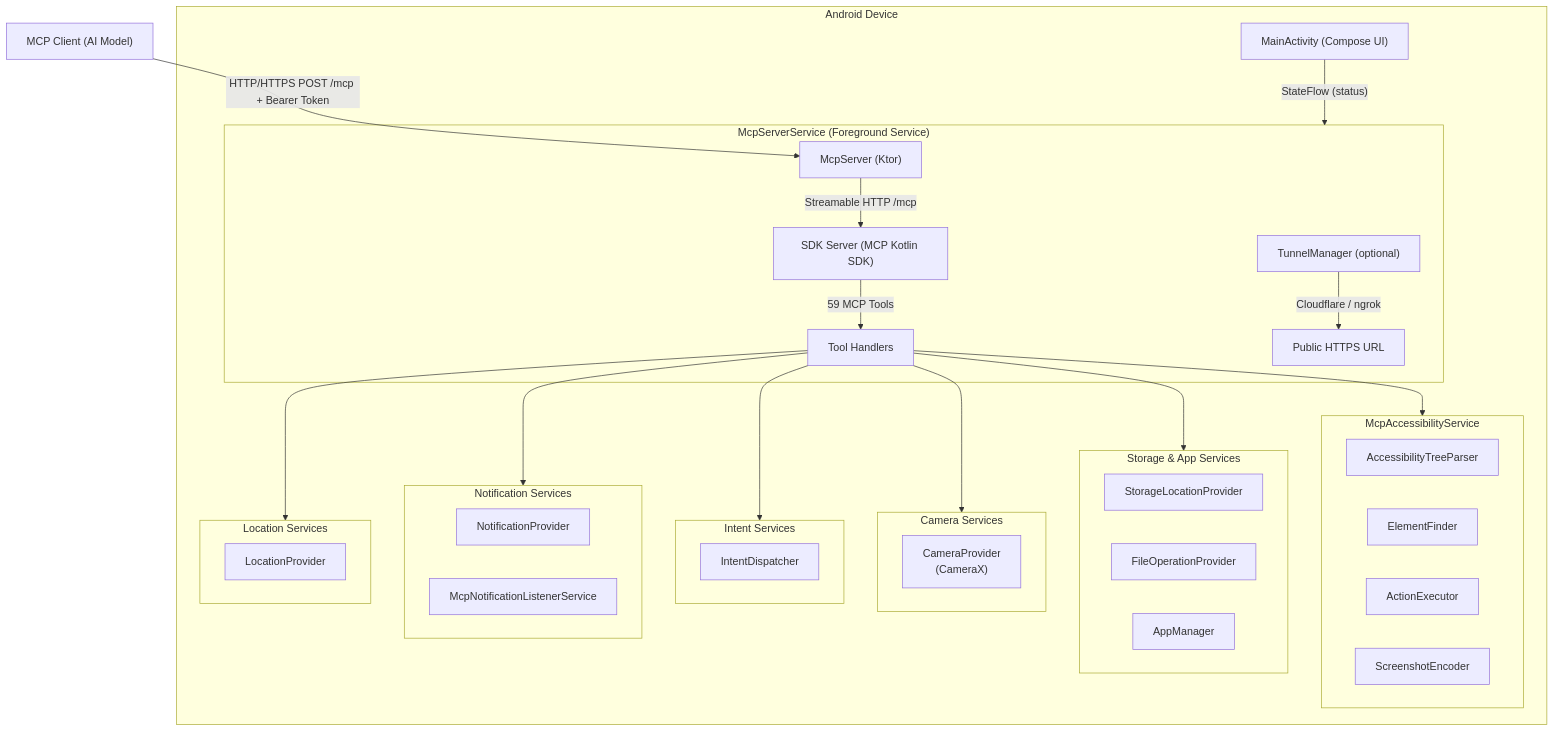
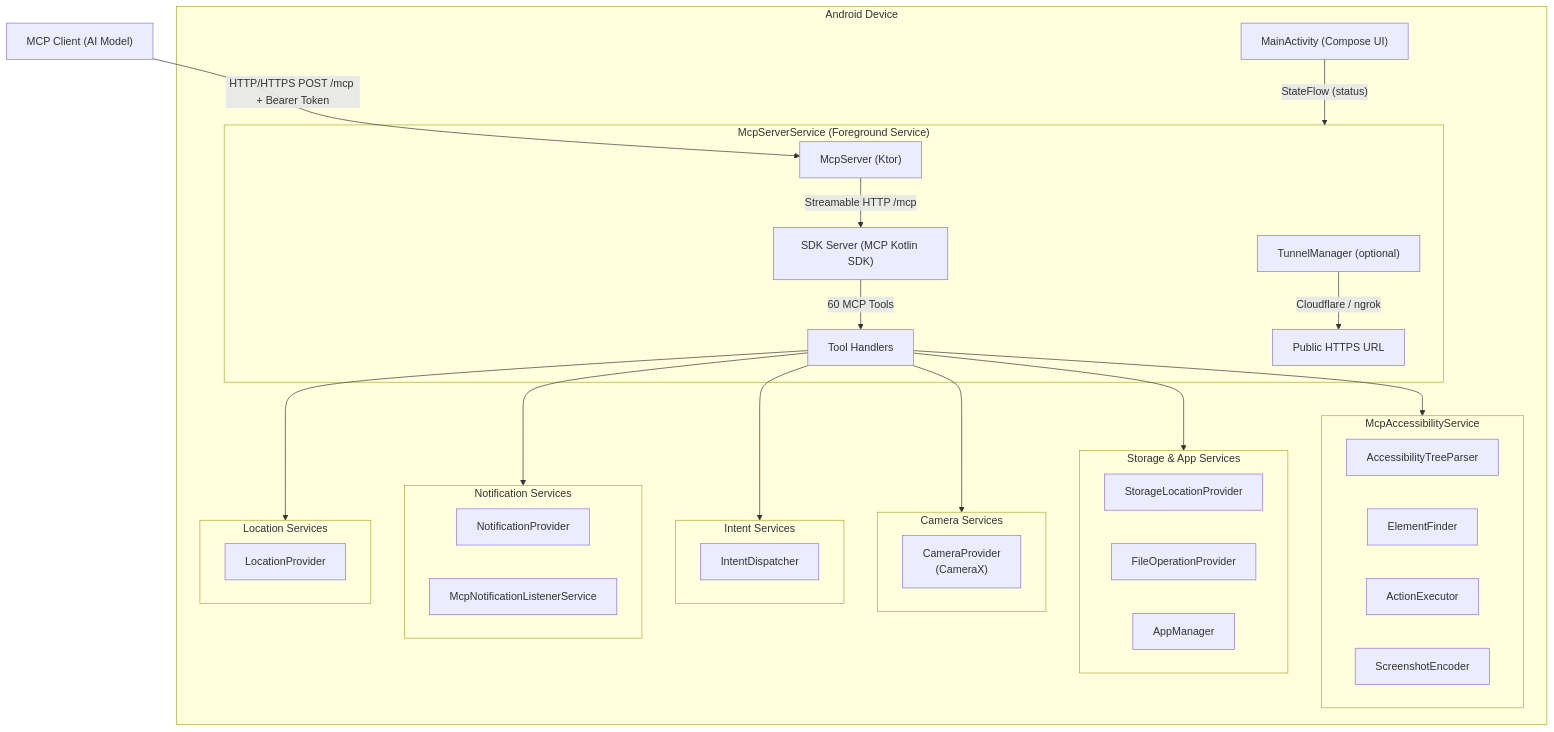
One commit to danielealbano/android-remote-control-mcp changed the diagram in CONTRIBUTING.md. Above: the diagram before and after it, drawn with Mermaid. The commit also changed other lines of this file and 3 other files, not shown here.

````diff
--- a/CONTRIBUTING.md
+++ b/CONTRIBUTING.md
@@ -162,55 +162,55 @@
 ```mermaid
 graph TB
     Client["MCP Client (AI Model)"]
     Client -->|"HTTP/HTTPS POST /mcp + Bearer Token"| McpServer
 
     subgraph Device["Android Device"]
         subgraph McpServerService["McpServerService (Foreground Service)"]
             McpServer["McpServer (Ktor)"]
             McpServer -->|"Streamable HTTP /mcp"| SDK["SDK Server (MCP Kotlin SDK)"]
-            SDK -->|"59 MCP Tools"| Tools["Tool Handlers"]
+            SDK -->|"60 MCP Tools"| Tools["Tool Handlers"]
             TunnelMgr["TunnelManager (optional)"]
             TunnelMgr -->|"Cloudflare / ngrok"| PublicURL["Public HTTPS URL"]
         end
 
         subgraph Accessibility["McpAccessibilityService"]
             TreeParser["AccessibilityTreeParser"]
             ElemFinder["ElementFinder"]
             ActionExec["ActionExecutor"]
             ScreenEnc["ScreenshotEncoder"]
         end
 
         subgraph Storage["Storage & App Services"]
             StorageProv["StorageLocationProvider"]
             FileOps["FileOperationProvider"]
             AppMgr["AppManager"]
         end
 
         subgraph CameraSvc["Camera Services"]
             CamProv["CameraProvider\n(CameraX)"]
         end
 
         subgraph IntentSvc["Intent Services"]
             IntentDisp["IntentDispatcher"]
         end
 
         subgraph NotifSvc["Notification Services"]
             NotifProv["NotificationProvider"]
             NotifListener["McpNotificationListenerService"]
         end
 
         subgraph LocSvc["Location Services"]
             LocProv["LocationProvider"]
         end
 
         MainActivity["MainActivity (Compose UI)"]
 
         Tools --> Accessibility
         Tools --> Storage
         Tools --> CameraSvc
         Tools --> IntentSvc
         Tools --> NotifSvc
         Tools --> LocSvc
         MainActivity -->|"StateFlow (status)"| McpServerService
     end
 ```
````
